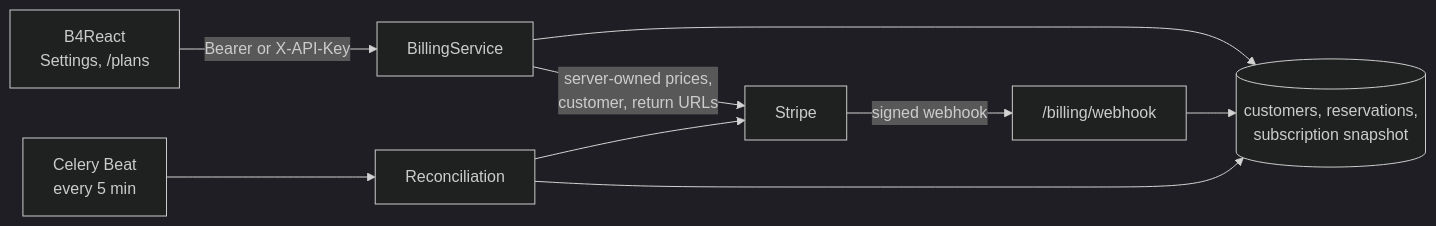
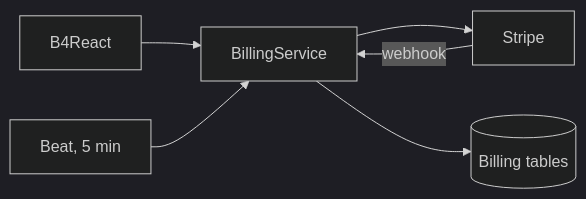
The first of 2 diagrams in docs/features/billing.mdx (Blueprint4Agent/Blueprint4Agent.github.io), drawn with Mermaid (dark theme) before and after one commit. The commit also changed 12 other files, not shown here.

````diff
--- a/docs/features/billing.mdx
+++ b/docs/features/billing.mdx
@@ -21,11 +21,8 @@
 ```mermaid
 flowchart LR
-    UI["B4React<br/>Settings, /plans"] -- "Bearer or X-API-Key" --> API["BillingService"]
-    API -- "server-owned prices,<br/>customer, return URLs" --> ST["Stripe"]
-    API --> DB[("customers, reservations,<br/>subscription snapshot")]
-    ST -- "signed webhook" --> WH["/billing/webhook"]
-    WH --> DB
-    BT["Celery Beat<br/>every 5 min"] --> RC["Reconciliation"]
-    RC --> ST
-    RC --> DB
+    UI["B4React"] --> API["BillingService"]
+    API --> ST["Stripe"]
+    API --> DB[("Billing tables")]
+    ST -- "webhook" --> API
+    BT["Beat, 5 min"] --> API
 ```
````
